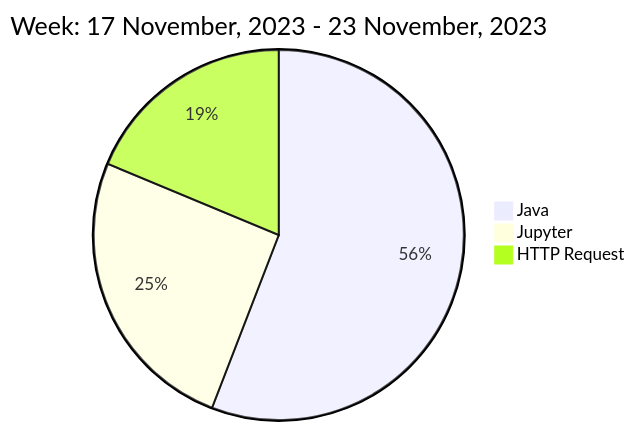
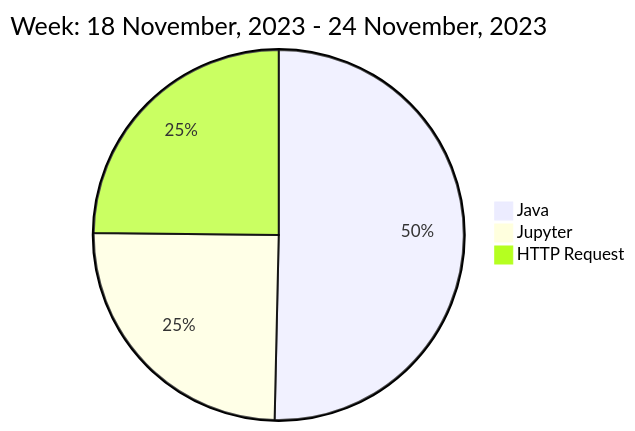
One commit to liubin95/liubin95 changed the diagram in README.md. Above: the diagram before and after it, drawn with Mermaid.

Commit message:
Updated the Graph with new Metrics

````diff
--- a/README.md
+++ b/README.md
@@ -37,7 +37,7 @@
 ```mermaid
  pie
-title Week: 17 November, 2023 - 23 November, 2023
- "Java" : 5.43
- "Jupyter" : 2.47
- "HTTP Request" : 1.82
+title Week: 18 November, 2023 - 24 November, 2023
+ "Java" : 4.97
+ "Jupyter" : 2.45
+ "HTTP Request" : 2.45
 ```
````
